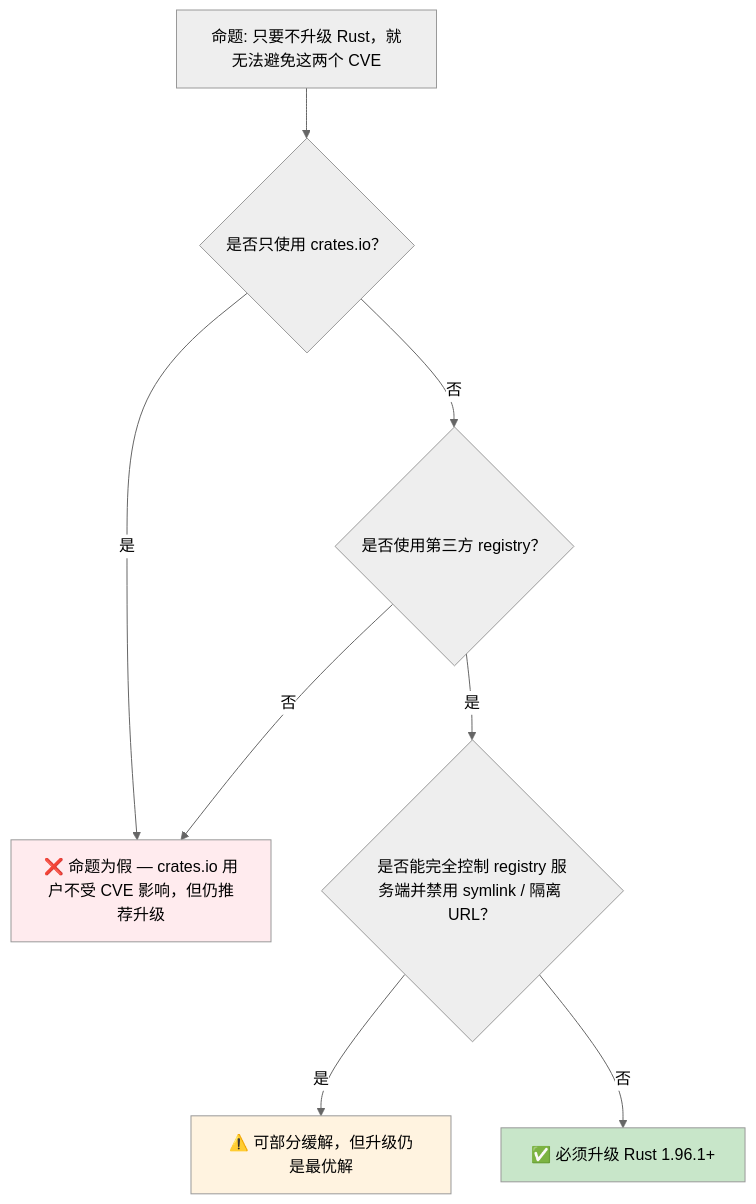
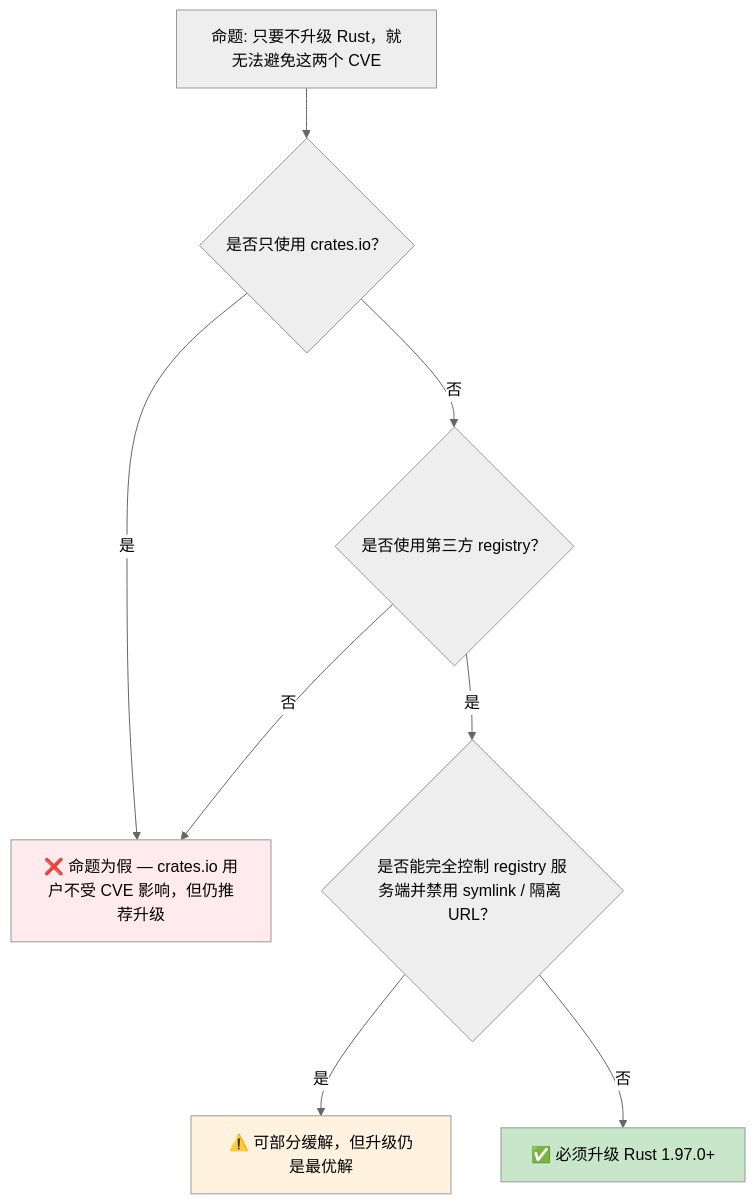
The diagram in concept/06_ecosystem/01_cargo/72_cargo_security_cves.md (martin-ly/rust-lang), drawn with Mermaid (neutral theme) before and after one commit. The commit also changed other lines of this file and 277 other files, not shown here.

````diff
--- a/concept/06_ecosystem/01_cargo/72_cargo_security_cves.md
+++ b/concept/06_ecosystem/01_cargo/72_cargo_security_cves.md
@@ -305,15 +305,15 @@
 ```mermaid
 graph TD
     ROOT["命题: 只要不升级 Rust，就无法避免这两个 CVE"]
     ROOT --> Q1{"是否只使用 crates.io？"}
     Q1 -->|是| NOT["❌ 命题为假 — crates.io 用户不受 CVE 影响，但仍推荐升级"]
     Q1 -->|否| Q2{"是否使用第三方 registry？"}
     Q2 -->|否| NOT
     Q2 -->|是| Q3{"是否能完全控制 registry 服务端并禁用 symlink / 隔离 URL？"}
     Q3 -->|是| MIT["⚠️ 可部分缓解，但升级仍是最优解"]
-    Q3 -->|否| TRUE["✅ 必须升级 Rust 1.96.1+"]
+    Q3 -->|否| TRUE["✅ 必须升级 Rust 1.97.0+"]
 
     style TRUE fill:#c8e6c9
     style NOT fill:#ffebee
     style MIT fill:#fff3e0
 ```
````
